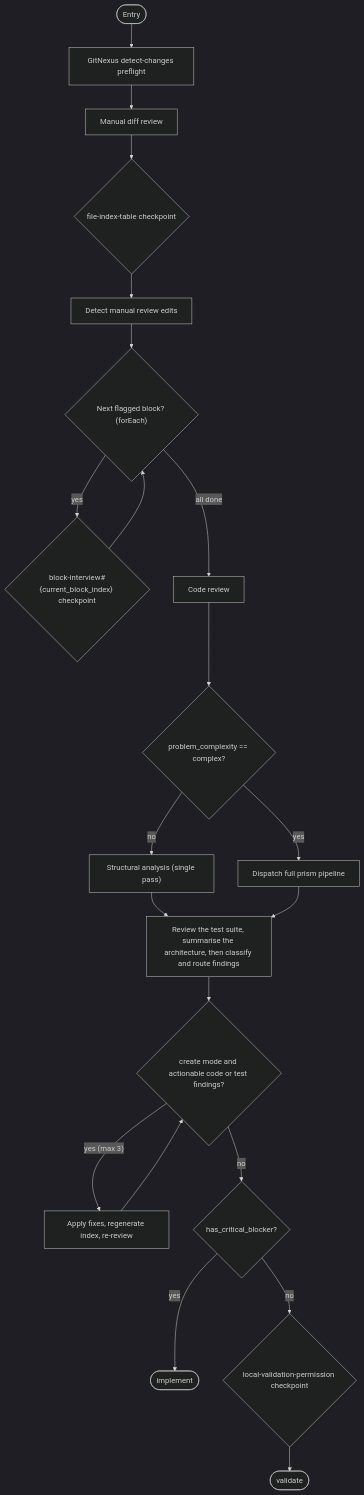
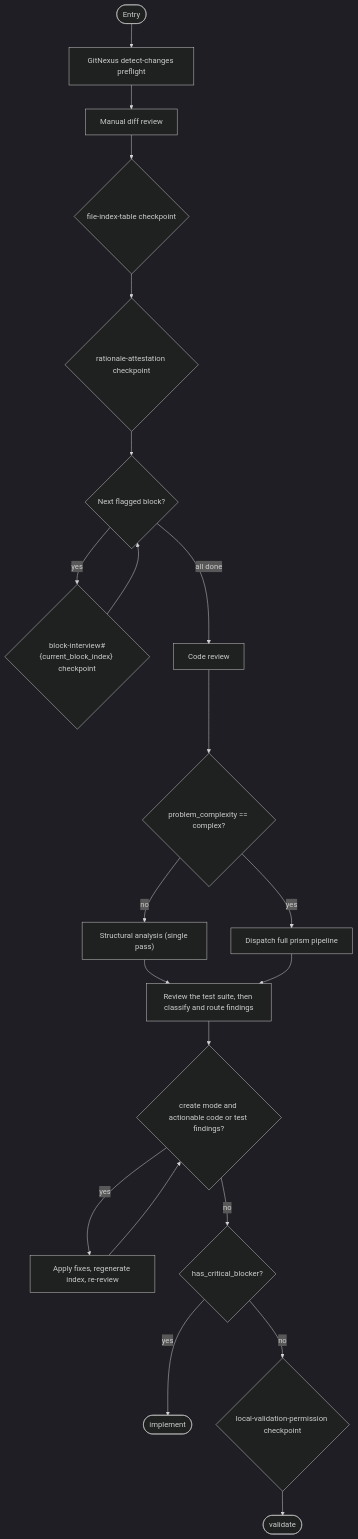
One commit to m2ux/workflow-server changed diagram 11 of 15 in work-package/activities/README.md. Above: the diagram before and after it, drawn with Mermaid (dark theme). The commit also changed other lines of this file and 1 other file, not shown here.

First line of the commit message:
Draw the workflow and activity diagrams from the binds

````diff
--- a/work-package/activities/README.md
+++ b/work-package/activities/README.md
@@ -281,25 +286,25 @@
 ```mermaid
 graph TD
     entryNode(["Entry"]) --> preflight["GitNexus detect-changes preflight"]
     preflight --> manualDiff["Manual diff review"]
     manualDiff --> cpFileIndex{"file-index-table checkpoint"}
-    cpFileIndex --> detectManual["Detect manual review edits"]
-    detectManual --> interviewLoop{"Next flagged block? (forEach)"}
+    cpFileIndex --> cpRationale{"rationale-attestation checkpoint"}
+    cpRationale --> interviewLoop{"Next flagged block?"}
     interviewLoop -->|"yes"| cpInterview{"block-interview#{current_block_index} checkpoint"}
     cpInterview --> interviewLoop
     interviewLoop -->|"all done"| codeReview["Code review"]
 
     codeReview --> structural{"problem_complexity == complex?"}
     structural -->|"no"| structuralInline["Structural analysis (single pass)"]
     structural -->|"yes"| dispatchPrism["Dispatch full prism pipeline"]
-    structuralInline --> testReview["Review the test suite, summarise the architecture, then classify and route findings"]
+    structuralInline --> testReview["Review the test suite, then classify and route findings"]
     dispatchPrism --> testReview
 
     testReview --> fixCycle{"create mode and actionable code or test findings?"}
-    fixCycle -->|"yes (max 3)"| applyFixes["Apply fixes, regenerate index, re-review"]
+    fixCycle -->|"yes"| applyFixes["Apply fixes, regenerate index, re-review"]
     applyFixes --> fixCycle
     fixCycle -->|"no"| blockerGate{"has_critical_blocker?"}
     blockerGate -->|"yes"| exitImplement(["implement"])
     blockerGate -->|"no"| cpLocalValidation{"local-validation-permission checkpoint"}
     cpLocalValidation --> exitValidate(["validate"])
 ```
````
